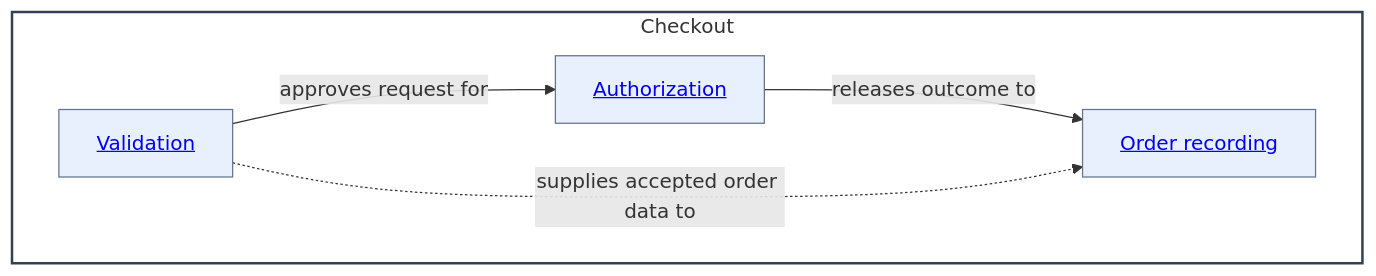
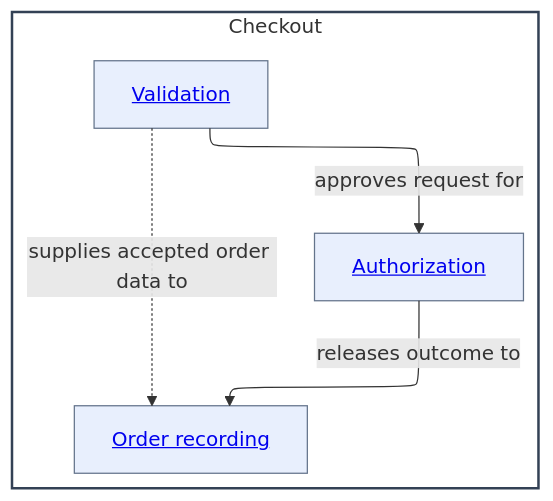
The first of 8 diagrams in skills/managing-as-is-document/diagram-examples.md (abstract-business-systems/as-is), drawn with Mermaid before and after one commit. The commit also changed other lines of this file and 29 other files, not shown here.

````diff
--- a/skills/managing-as-is-document/diagram-examples.md
+++ b/skills/managing-as-is-document/diagram-examples.md
@@ -25,19 +35,23 @@
 ```mermaid
+---
+config:
+  layout: elk
+---
 %%{init: {"securityLevel": "loose"}}%%
-flowchart LR
+flowchart TB
     subgraph Checkout["Checkout"]
-        direction LR
+        direction TB
         Validation["<a href='./validation/as-is.md#design'>Validation</a>"]
         Authorization["<a href='./authorization/as-is.md#design'>Authorization</a>"]
         OrderRecording["<a href='./order-recording/as-is.md#design'>Order recording</a>"]
 
         Validation -->|approves request for| Authorization
         Authorization -->|releases outcome to| OrderRecording
         Validation -.->|supplies accepted order data to| OrderRecording
     end
 
     classDef container fill:#f8fafc,fill-opacity:0.1,stroke:#334155,stroke-width:2px
     classDef child fill:#2563eb,fill-opacity:0.1,stroke:#64748b,stroke-width:1px
     class Checkout container
     class Validation,Authorization,OrderRecording child
 ```
````
